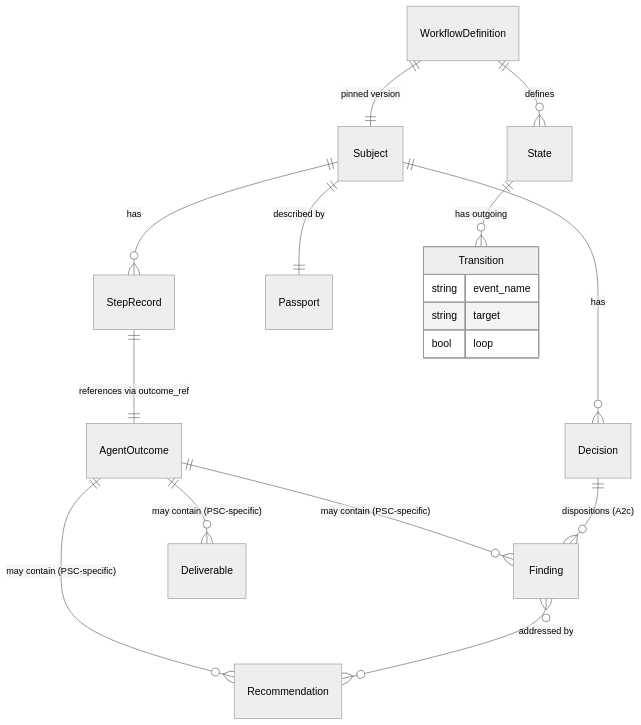
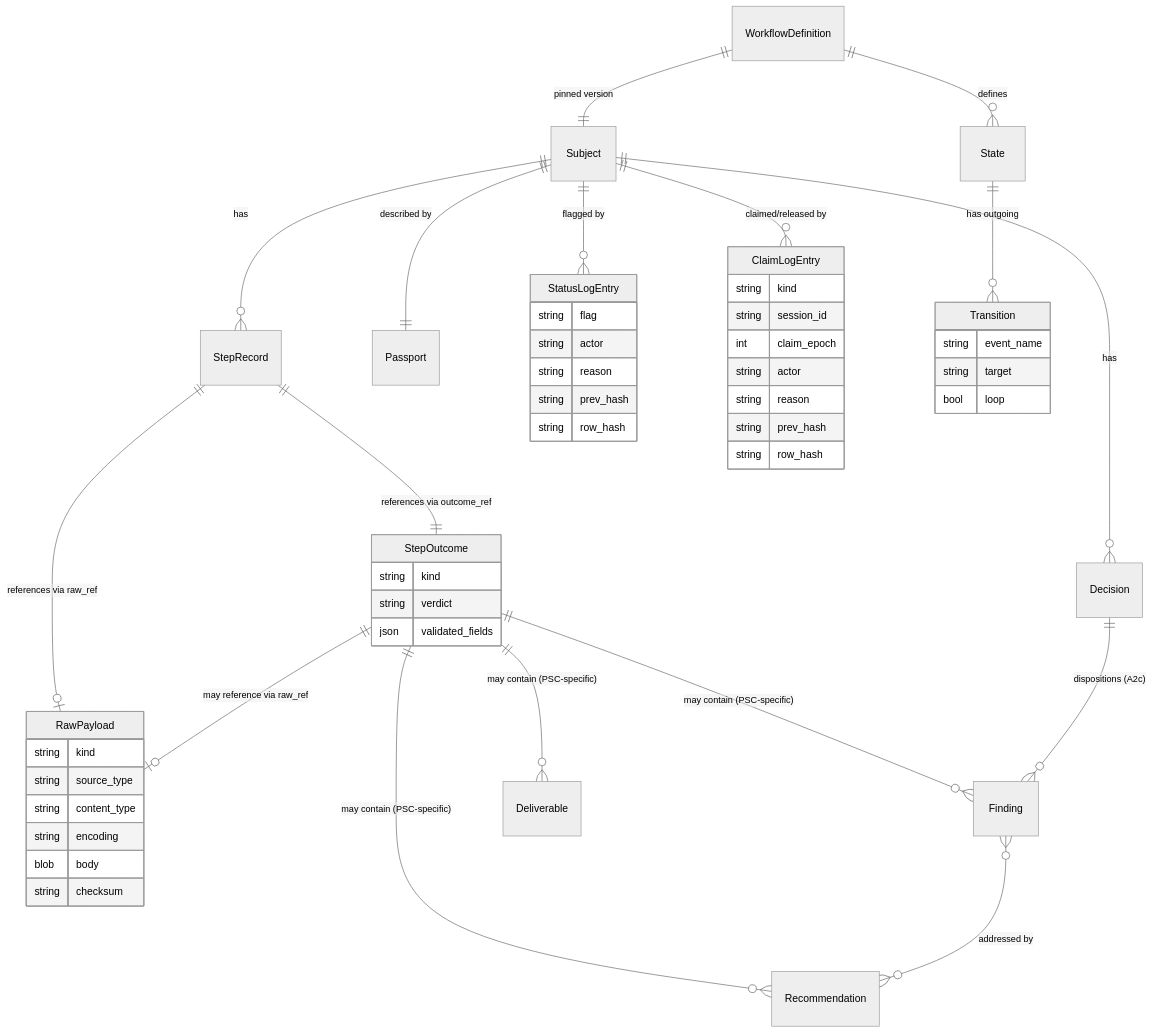
The diagram in docs/design/workflow-design/02-high-level-design.md (jeanboutros/psc), drawn with Mermaid (neutral theme) before and after one commit. The commit also changed other lines of this file and 11 other files, not shown here.

````diff
--- a/docs/design/workflow-design/02-high-level-design.md
+++ b/docs/design/workflow-design/02-high-level-design.md
@@ -206,20 +494,53 @@
 ```mermaid
 erDiagram
     Subject ||--o{ StepRecord : has
     Subject ||--o{ Decision : has
     Subject ||--|| Passport : "described by"
-    StepRecord ||--|| AgentOutcome : "references via outcome_ref"
-    AgentOutcome ||--o{ Finding : "may contain (PSC-specific)"
-    AgentOutcome ||--o{ Recommendation : "may contain (PSC-specific)"
-    AgentOutcome ||--o{ Deliverable : "may contain (PSC-specific)"
+    Subject ||--o{ StatusLogEntry : "flagged by"
+    Subject ||--o{ ClaimLogEntry : "claimed/released by"
+    StepRecord ||--|| StepOutcome : "references via outcome_ref"
+    StepRecord ||--o| RawPayload : "references via raw_ref"
+    StepOutcome ||--o| RawPayload : "may reference via raw_ref"
+    StepOutcome ||--o{ Finding : "may contain (PSC-specific)"
+    StepOutcome ||--o{ Recommendation : "may contain (PSC-specific)"
+    StepOutcome ||--o{ Deliverable : "may contain (PSC-specific)"
     Finding }o--o{ Recommendation : "addressed by"
     Decision ||--o{ Finding : "dispositions (A2c)"
     WorkflowDefinition ||--|| Subject : "pinned version"
     WorkflowDefinition ||--o{ State : "defines"
     State ||--o{ Transition : "has outgoing"
     Transition {
         string event_name
         string target
         bool loop
     }
+    StatusLogEntry {
+        string flag
+        string actor
+        string reason
+        string prev_hash
+        string row_hash
+    }
+    ClaimLogEntry {
+        string kind
+        string session_id
+        int claim_epoch
+        string actor
+        string reason
+        string prev_hash
+        string row_hash
+    }
+    StepOutcome {
+        string kind
+        string verdict
+        json validated_fields
+    }
+    RawPayload {
+        string kind
+        string source_type
+        string content_type
+        string encoding
+        blob body
+        string checksum
+    }
 ```
````
